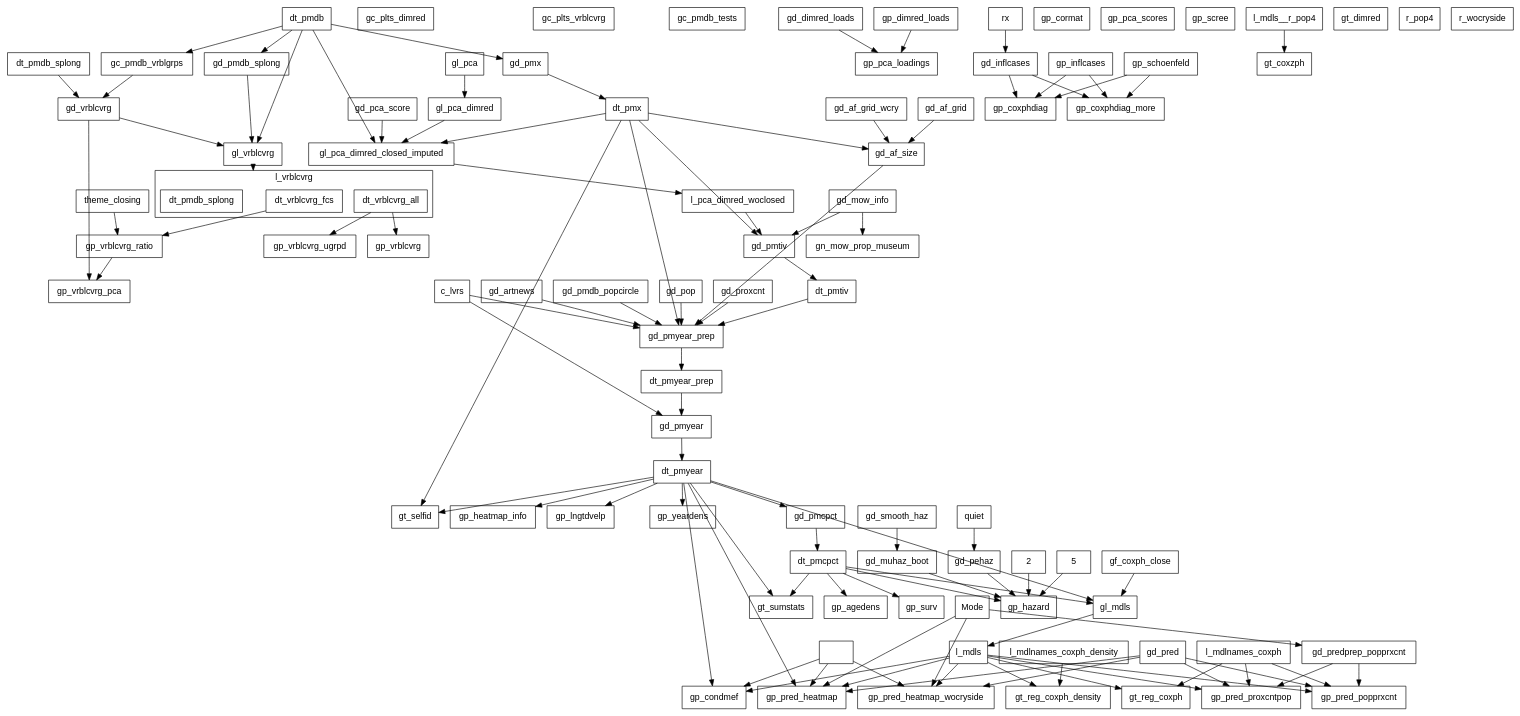
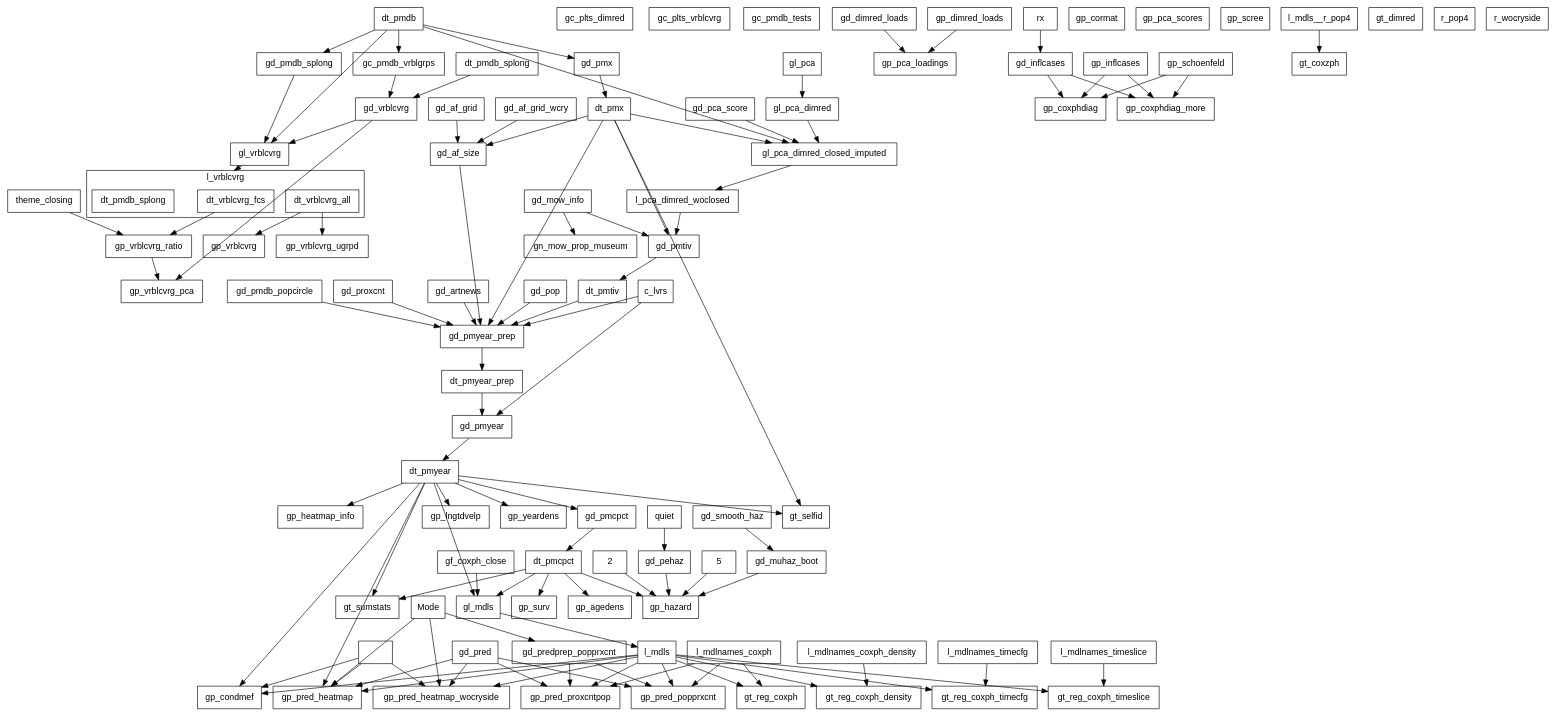
Before and after one commit to swhalemwo/pm_closing: the diagram in misc/callgraph2.dot, drawn with Graphviz. The commit also changed 2 other files, not shown here.

Commit message:
add t_timeslice/timecfg to callgraph

```diff
--- a/misc/callgraph2.dot
+++ b/misc/callgraph2.dot
@@ -73,6 +73,8 @@
 gt_dimred; 
 gt_reg_coxph; 
 gt_reg_coxph_density; 
+gt_reg_coxph_timecfg; 
+gt_reg_coxph_timeslice; 
 gt_selfid; 
 gt_sumstats; 
 Mode; 
@@ -95,7 +97,9 @@
 ""r_pop4""; 
 ""r_wocryside""; 
 l_mdls__r_pop4; 
-l_mdlnames_coxph_density 
+l_mdlnames_coxph_density; 
+l_mdlnames_timeslice; 
+l_mdlnames_timecfg 
  ""r_pop4"" -> gp_condmef; 
 ""r_pop4"" -> gp_pred_heatmap; 
 ""r_wocryside"" -> gp_pred_heatmap_wocryside; 
@@ -180,6 +184,8 @@
 l_mdlnames_coxph -> gp_pred_proxcntpop; 
 l_mdlnames_coxph -> gt_reg_coxph; 
 l_mdlnames_coxph_density -> gt_reg_coxph_density; 
+l_mdlnames_timecfg -> gt_reg_coxph_timecfg; 
+l_mdlnames_timeslice -> gt_reg_coxph_timeslice; 
 l_mdls -> gp_condmef; 
 l_mdls -> gp_pred_heatmap; 
 l_mdls -> gp_pred_heatmap_wocryside; 
@@ -187,6 +193,8 @@
 l_mdls -> gp_pred_proxcntpop; 
 l_mdls -> gt_reg_coxph; 
 l_mdls -> gt_reg_coxph_density; 
+l_mdls -> gt_reg_coxph_timecfg; 
+l_mdls -> gt_reg_coxph_timeslice; 
 l_mdls__r_pop4 -> gt_coxzph; 
 l_pca_dimred_woclosed -> gd_pmtiv; 
 l_vrblcvrg__dt_vrblcvrg_all -> gp_vrblcvrg; 
```
